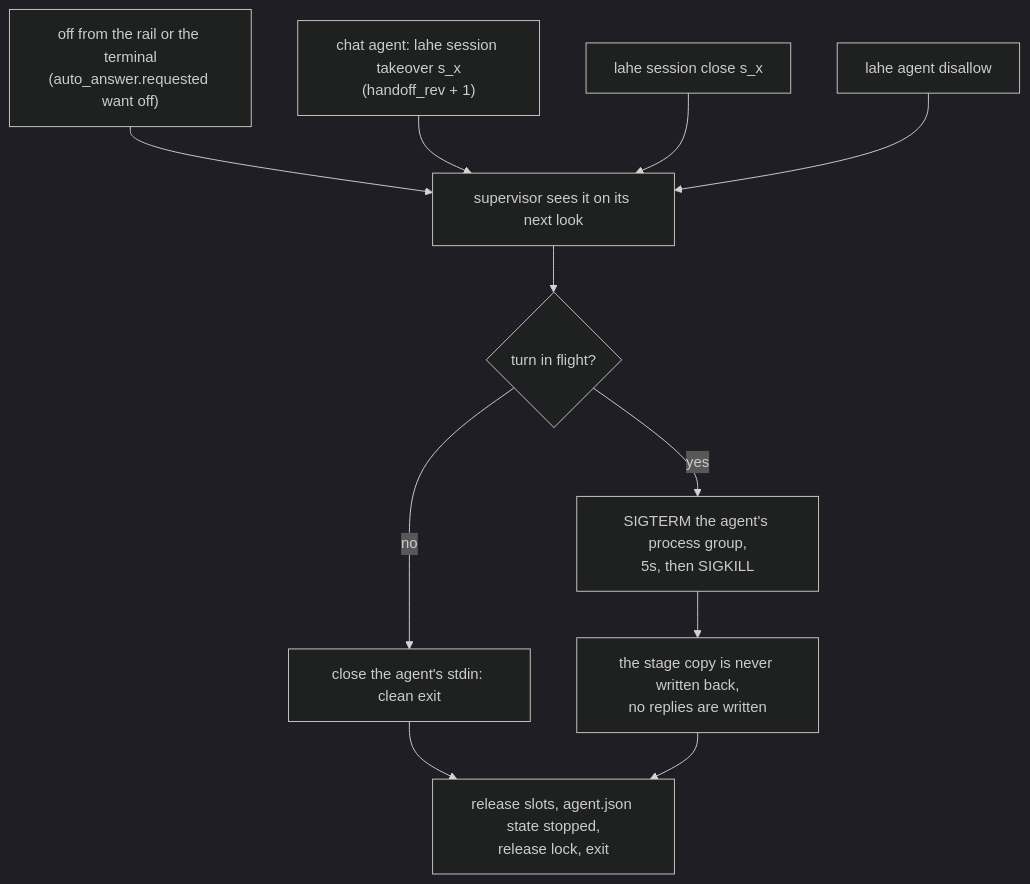
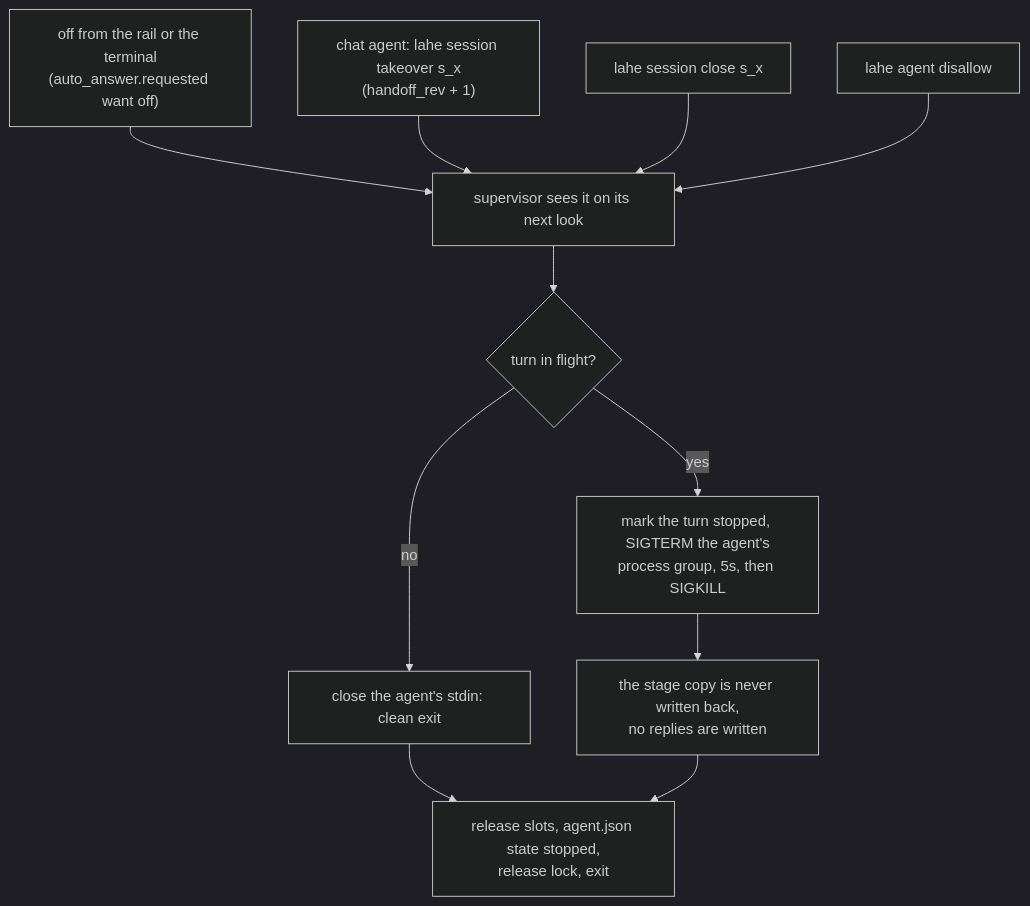
One commit to kenxle/live-agentic-html-editor changed the sixth of 7 diagrams in docs/features/20260929.01_lahe_agent_sdk/02_architecture_lahe_agent_sdk.md. Above: the diagram before and after it, drawn with Mermaid (dark theme). The commit also changed other lines of this file and 4 other files, not shown here.

````diff
--- a/docs/features/20260929.01_lahe_agent_sdk/02_architecture_lahe_agent_sdk.md
+++ b/docs/features/20260929.01_lahe_agent_sdk/02_architecture_lahe_agent_sdk.md
@@ -466,13 +489,13 @@
 ```mermaid
 flowchart TD
   Off["off from the rail or the terminal<br/>(auto_answer.requested want off)"] --> Sees
   Take["chat agent: lahe session takeover s_x<br/>(handoff_rev + 1)"] --> Sees
   Close["lahe session close s_x"] --> Sees
   Dis["lahe agent disallow"] --> Sees
   Sees["supervisor sees it on its next look"] --> Q{"turn in flight?"}
   Q -->|no| Stdin["close the agent's stdin: clean exit"]
-  Q -->|yes| Kill["SIGTERM the agent's process group,<br/>5s, then SIGKILL"]
+  Q -->|yes| Kill["mark the turn stopped, SIGTERM the agent's<br/>process group, 5s, then SIGKILL"]
   Kill --> Drop["the stage copy is never written back,<br/>no replies are written"]
   Stdin --> Exit["release slots, agent.json state stopped,<br/>release lock, exit"]
   Drop --> Exit
 ```
````
